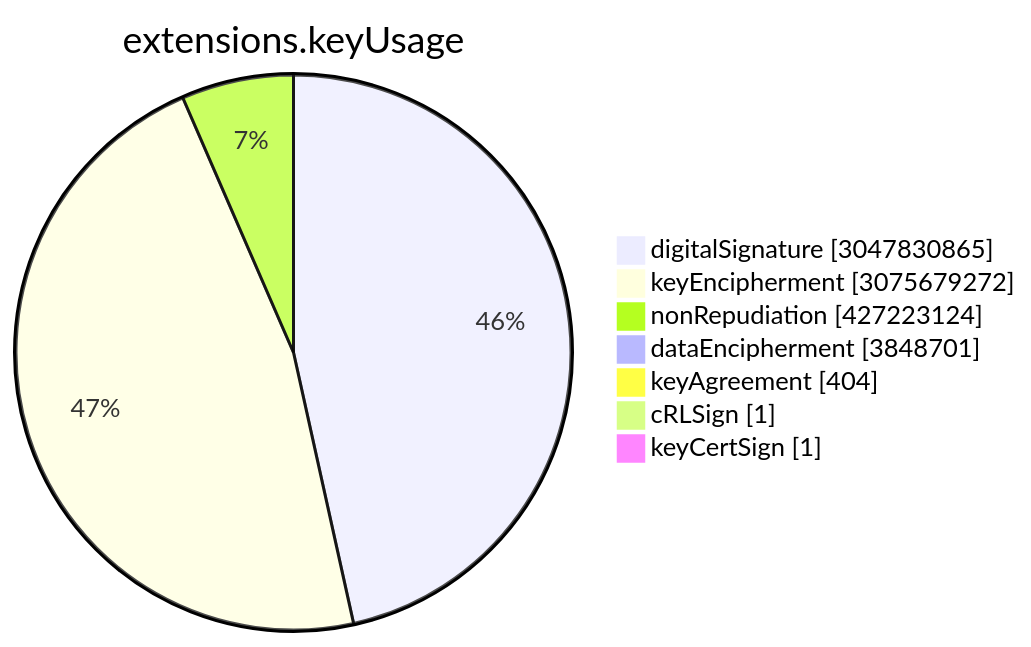
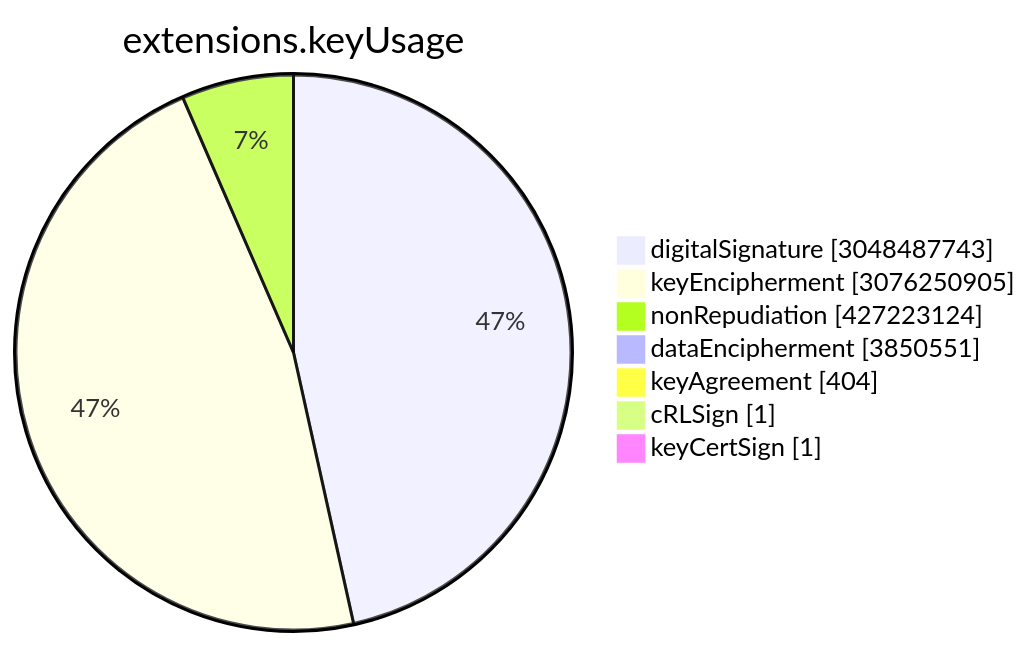
Before and after one commit to christiankrug/ctmonitor_visualization: the sixth of 15 diagrams in TOTAL/README.md, drawn with Mermaid. The commit also changed other lines of this file, not shown here.

````diff
--- a/TOTAL/README.md
+++ b/TOTAL/README.md
@@ -3077,11 +3077,11 @@
 ```mermaid
 pie showData
 title extensions.keyUsage
-"digitalSignature" :3047830865
-"keyEncipherment" :3075679272
+"digitalSignature" :3048487743
+"keyEncipherment" :3076250905
 "nonRepudiation" :427223124
-"dataEncipherment" :3848701
+"dataEncipherment" :3850551
 "keyAgreement" :404
 "cRLSign" :1
 "keyCertSign" :1
 ```
````
